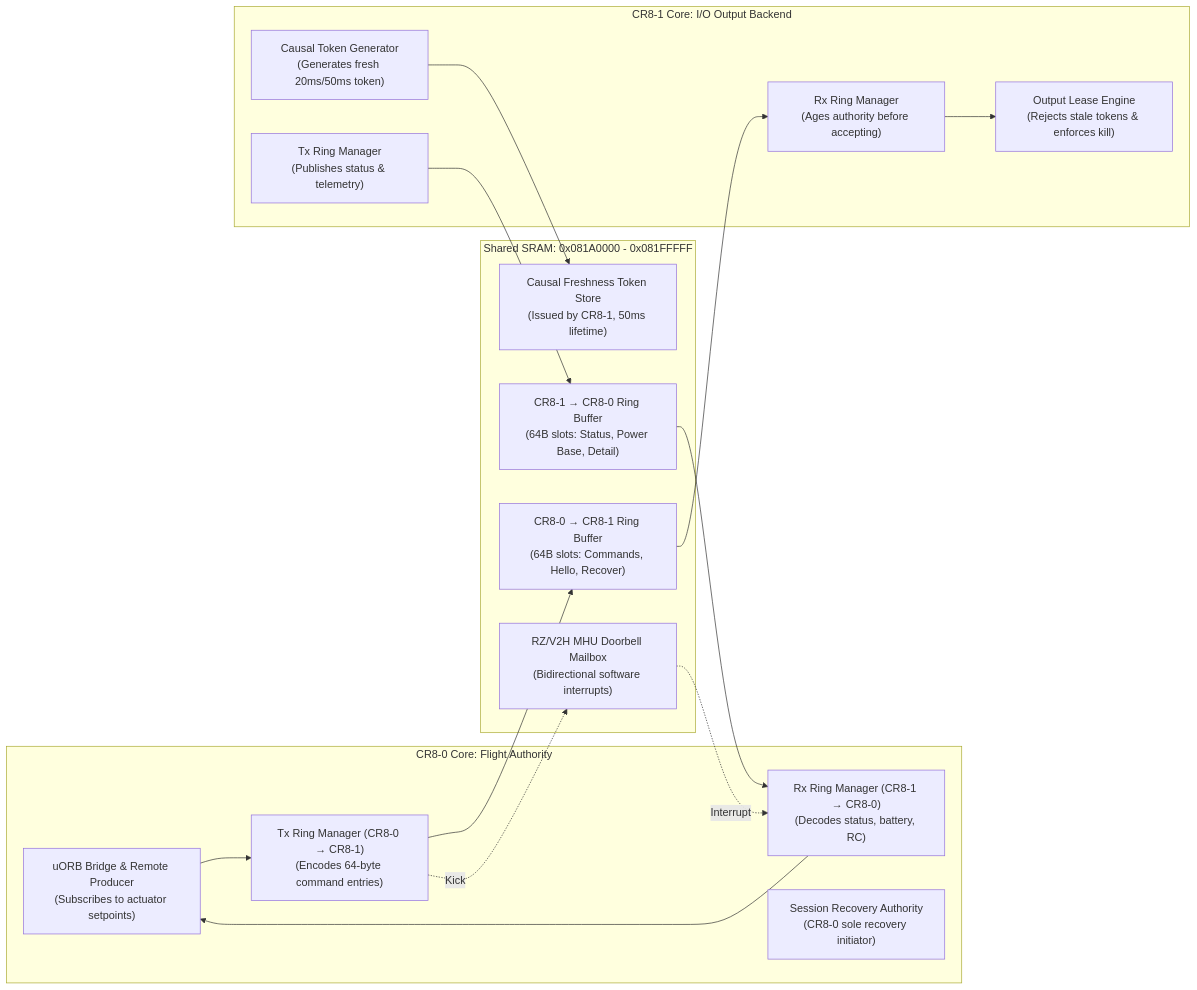
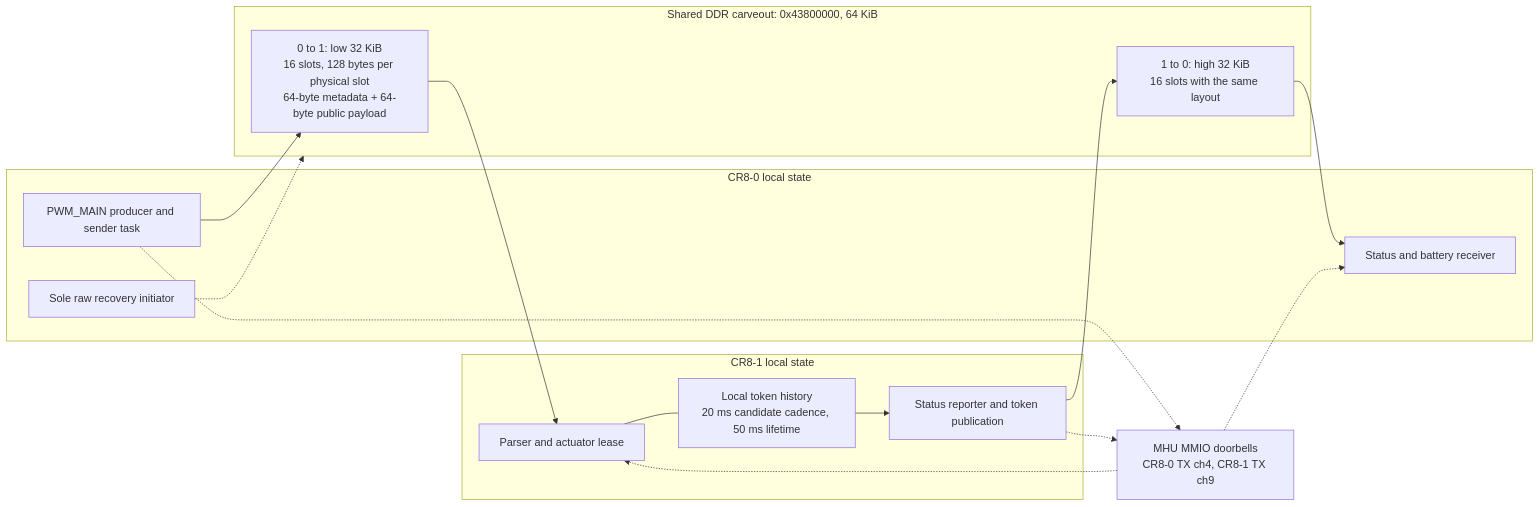
The first of 3 diagrams in docs/renesas/marketing/rzv2h-demo-ipc-spec.md (nguyentri/PX4-Autopilot), drawn with Mermaid before and after one commit. The commit also changed other lines of this file and 14 other files, not shown here.

````diff
--- a/docs/renesas/marketing/rzv2h-demo-ipc-spec.md
+++ b/docs/renesas/marketing/rzv2h-demo-ipc-spec.md
@@ -36,36 +36,27 @@
 ```mermaid
 flowchart LR
-    subgraph CR8_0["CR8-0 Core: Flight Authority"]
-        UORBBridge["uORB Bridge & Remote Producer<br/>(Subscribes to actuator setpoints)"]
-        Tx0["Tx Ring Manager (CR8-0 → CR8-1)<br/>(Encodes 64-byte command entries)"]
-        Rx0["Rx Ring Manager (CR8-1 → CR8-0)<br/>(Decodes status, battery, RC)"]
-        EpochOwner["Session Recovery Authority<br/>(CR8-0 sole recovery initiator)"]
-
-        UORBBridge --> Tx0
-        Rx0 --> UORBBridge
+    subgraph FC["CR8-0 local state"]
+        Producer["PWM_MAIN producer and sender task"]
+        Receiver0["Status and battery receiver"]
+        Recovery["Sole raw recovery initiator"]
     end
-
-    subgraph SRAM["Shared SRAM: 0x081A0000 - 0x081FFFFF"]
-        MHU["RZ/V2H MHU Doorbell Mailbox<br/>(Bidirectional software interrupts)"]
-        Ring01["CR8-0 → CR8-1 Ring Buffer<br/>(64B slots: Commands, Hello, Recover)"]
-        Ring10["CR8-1 → CR8-0 Ring Buffer<br/>(64B slots: Status, Power Base, Detail)"]
-        TokenStore["Causal Freshness Token Store<br/>(Issued by CR8-1, 50ms lifetime)"]
-
-        Tx0 --> Ring01
-        Ring10 --> Rx0
-        Tx0 -.->|Kick| MHU
-        MHU -.->|Interrupt| Rx0
+    subgraph DDR["Shared DDR carveout: 0x43800000, 64 KiB"]
+        Ring01["0 to 1: low 32 KiB<br/>16 slots, 128 bytes per physical slot<br/>64-byte metadata + 64-byte public payload"]
+        Ring10["1 to 0: high 32 KiB<br/>16 slots with the same layout"]
     end
-
-    subgraph CR8_1["CR8-1 Core: I/O Output Backend"]
-        Rx1["Rx Ring Manager<br/>(Ages authority before accepting)"]
-        TokenGen["Causal Token Generator<br/>(Generates fresh 20ms/50ms token)"]
-        Tx1["Tx Ring Manager<br/>(Publishes status & telemetry)"]
-        LeaseEngine["Output Lease Engine<br/>(Rejects stale tokens & enforces kill)"]
-
-        Ring01 --> Rx1
-        Rx1 --> LeaseEngine
-        TokenGen --> TokenStore
-        Tx1 --> Ring10
+    MHU["MHU MMIO doorbells<br/>CR8-0 TX ch4, CR8-1 TX ch9"]
+    subgraph IO["CR8-1 local state"]
+        Receiver1["Parser and actuator lease"]
+        Tokens["Local token history<br/>20 ms candidate cadence, 50 ms lifetime"]
+        Reporter["Status reporter and token publication"]
+        Receiver1 --- Tokens
+        Tokens --> Reporter
     end
+    Producer --> Ring01 --> Receiver1
+    Reporter --> Ring10 --> Receiver0
+    Producer -.-> MHU
+    Reporter -.-> MHU
+    MHU -.-> Receiver0
+    MHU -.-> Receiver1
+    Recovery -.-> DDR
 ```
````
